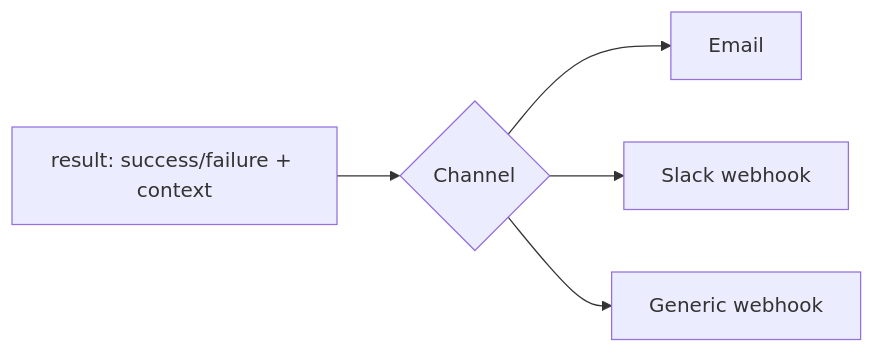
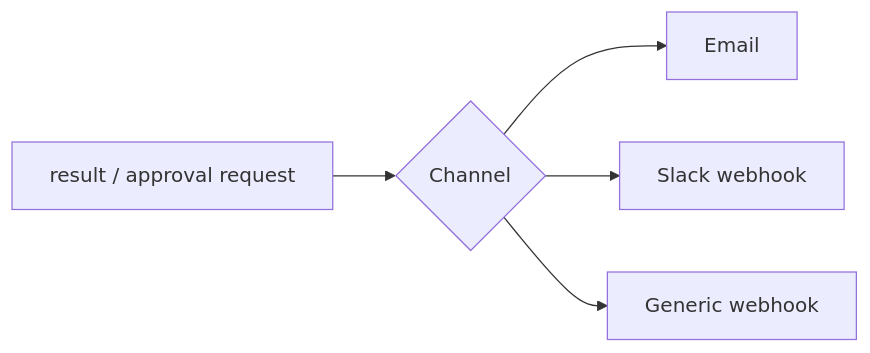
One commit to teddynted/ai-github-repository-blog-generator changed the ninth of 9 diagrams in docs/workflows.md. Above: the diagram before and after it, drawn with Mermaid. The commit also changed other lines of this file and 12 other files, not shown here.

````diff
--- a/docs/workflows.md
+++ b/docs/workflows.md
@@ -130,7 +190,7 @@
 ```mermaid
 flowchart LR
-    IN[result: success/failure + context] --> R{Channel}
+    IN[result / approval request] --> R{Channel}
     R --> EMAIL[Email]
     R --> SLACK[Slack webhook]
     R --> WH[Generic webhook]
 ```
````
